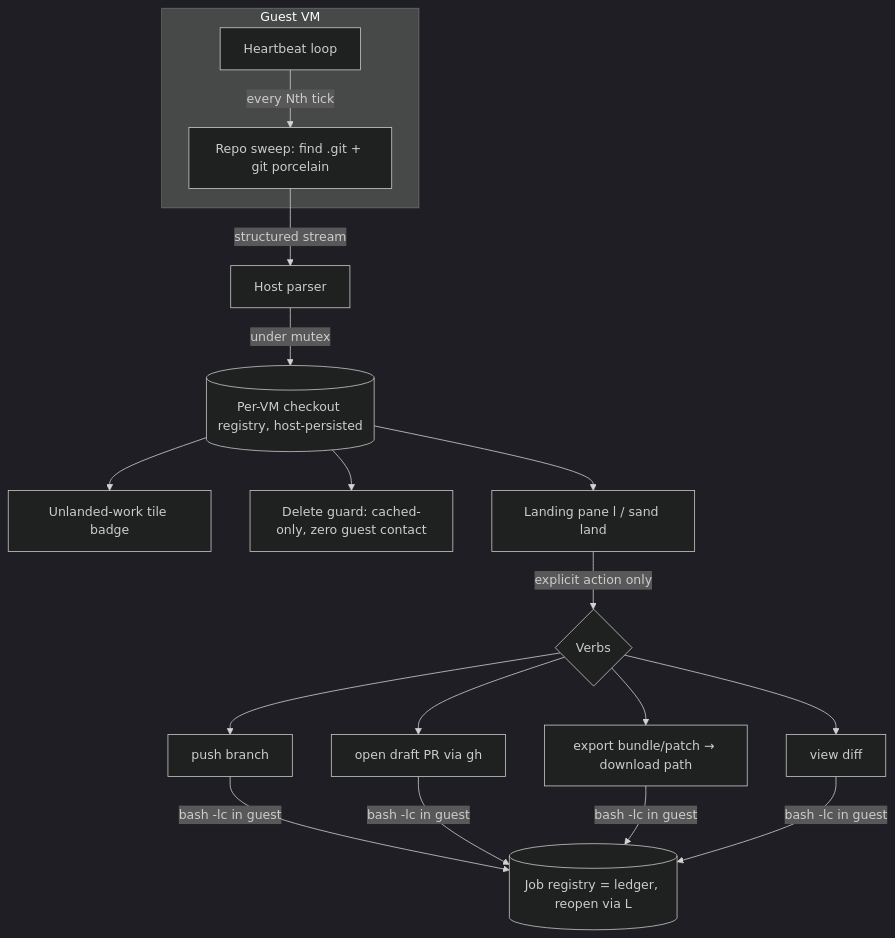
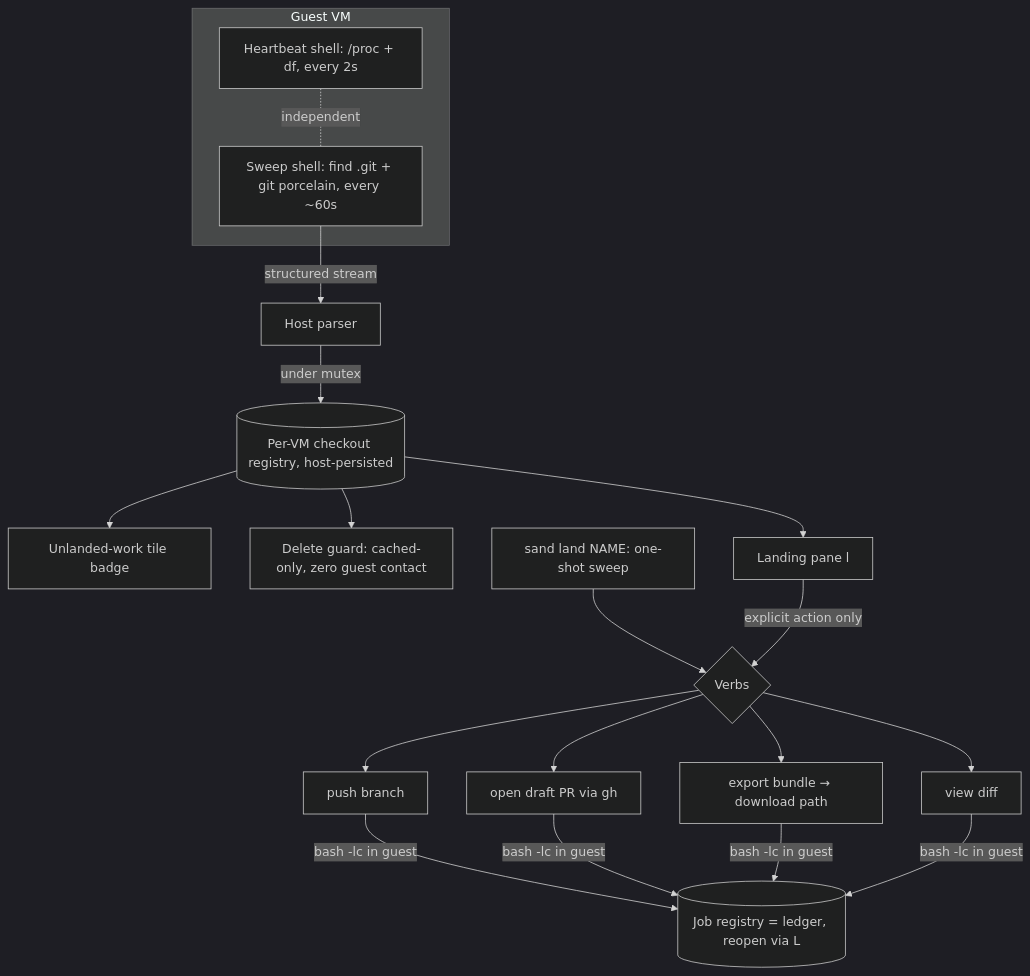
One commit to Lullabot/sandbar changed the diagram in .ai/strikethroo/plans/17--land-work-extraction/plan-17--land-work-extraction.md. Above: the diagram before and after it, drawn with Mermaid (dark theme). The commit also changed other lines of this file, not shown here.

First line of the commit message:
docs(strikethroo): refine plan 17 — sweep isolation, CLI shape, verb trim

````diff
--- a/.ai/strikethroo/plans/17--land-work-extraction/plan-17--land-work-extraction.md
+++ b/.ai/strikethroo/plans/17--land-work-extraction/plan-17--land-work-extraction.md
@@ -147,17 +157,18 @@
 ```mermaid
 graph TD
     subgraph Guest [Guest VM]
-        HB[Heartbeat loop] -->|every Nth tick| SW[Repo sweep: find .git + git porcelain]
+        HB[Heartbeat shell: /proc + df, every 2s] -.independent.- SW[Sweep shell: find .git + git porcelain, every ~60s]
     end
     SW -->|structured stream| P[Host parser]
     P -->|under mutex| REG[(Per-VM checkout registry, host-persisted)]
     REG --> BADGE[Unlanded-work tile badge]
     REG --> GUARD[Delete guard: cached-only, zero guest contact]
-    REG --> PANE[Landing pane l / sand land]
+    REG --> PANE[Landing pane l]
+    ONESHOT[sand land NAME: one-shot sweep] --> VERBS
     PANE -->|explicit action only| VERBS{Verbs}
     VERBS --> PUSH[push branch]
     VERBS --> PR[open draft PR via gh]
-    VERBS --> BUNDLE[export bundle/patch → download path]
+    VERBS --> BUNDLE[export bundle → download path]
     VERBS --> DIFF[view diff]
     PUSH & PR & BUNDLE & DIFF -->|bash -lc in guest| JOBS[(Job registry = ledger, reopen via L)]
 ```
````
